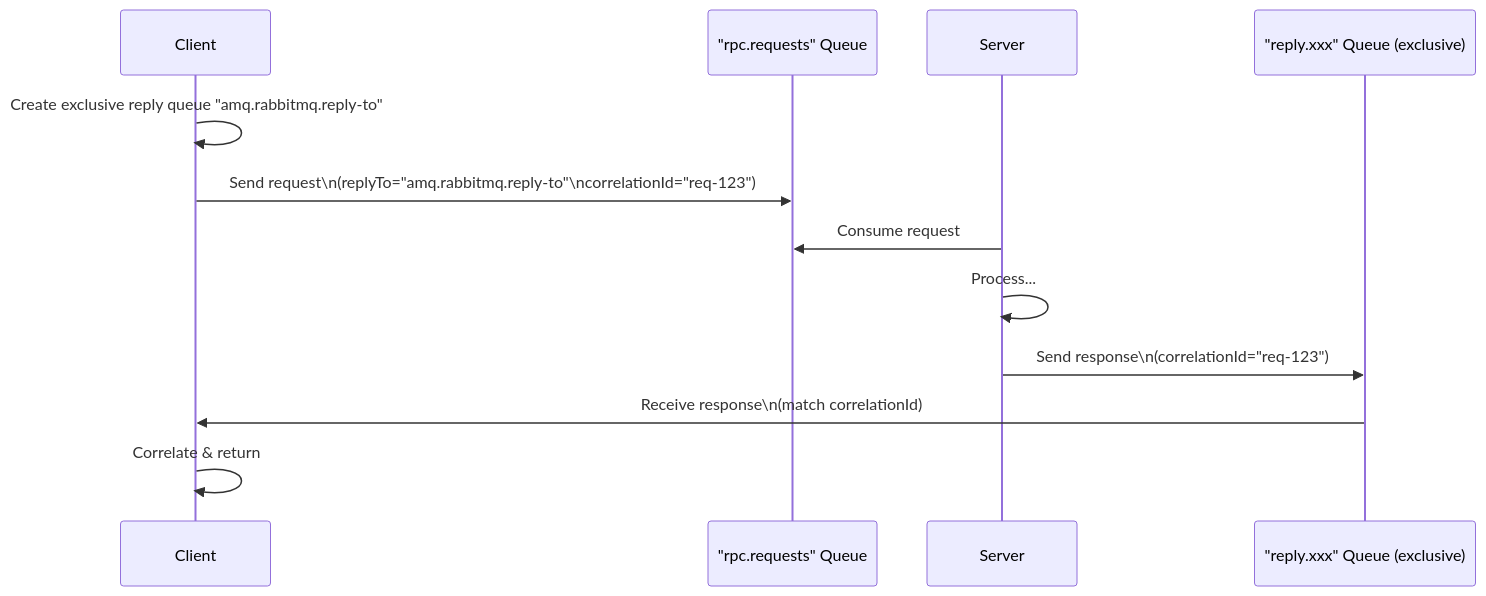
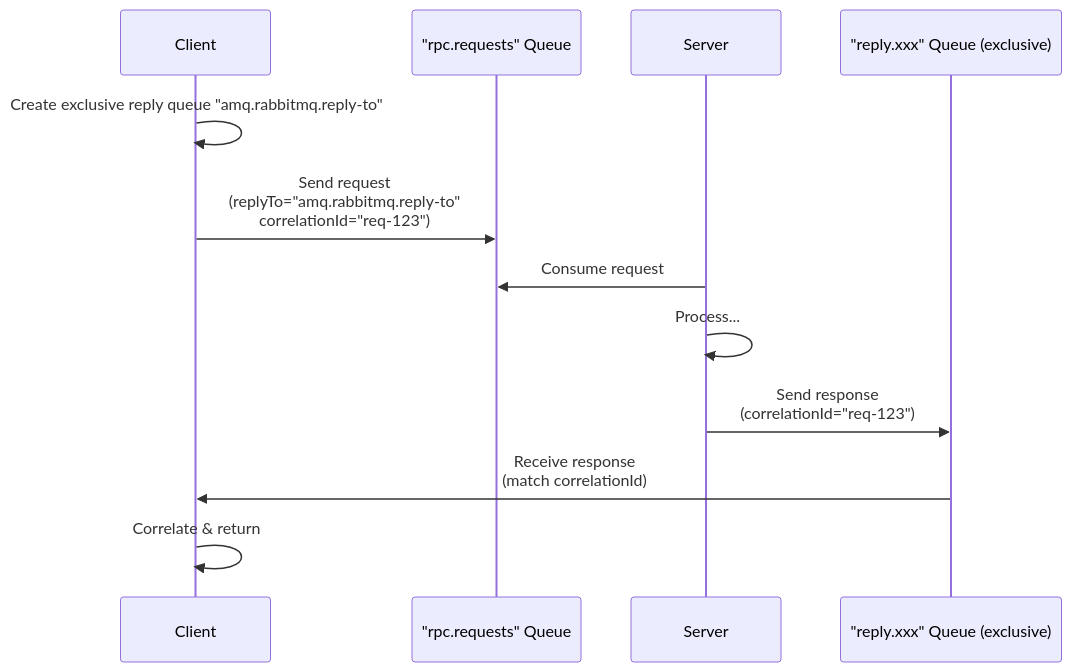
Diagram 11 of 14 in quartz/content/Microservices-Patterns/RabbitMQ-Troubleshooting-and-Tips.md (dangthobach/dangthobach.github.io), drawn with Mermaid before and after one commit. The commit also changed other lines of this file and 114 other files, not shown here.

````diff
--- a/quartz/content/Microservices-Patterns/RabbitMQ-Troubleshooting-and-Tips.md
+++ b/quartz/content/Microservices-Patterns/RabbitMQ-Troubleshooting-and-Tips.md
@@ -817,15 +817,15 @@
 ```mermaid
 sequenceDiagram
     participant Client
     participant RPC_Q as "rpc.requests" Queue
     participant Server
     participant Reply_Q as "reply.xxx" Queue (exclusive)
 
     Client->>Client: Create exclusive reply queue "amq.rabbitmq.reply-to"
-    Client->>RPC_Q: Send request\n(replyTo="amq.rabbitmq.reply-to"\ncorrelationId="req-123")
+    Client->>RPC_Q: Send request<br/>(replyTo="amq.rabbitmq.reply-to"<br/>correlationId="req-123")
     Server->>RPC_Q: Consume request
     Server->>Server: Process...
-    Server->>Reply_Q: Send response\n(correlationId="req-123")
-    Reply_Q->>Client: Receive response\n(match correlationId)
+    Server->>Reply_Q: Send response<br/>(correlationId="req-123")
+    Reply_Q->>Client: Receive response<br/>(match correlationId)
     Client->>Client: Correlate & return
 ```
````
